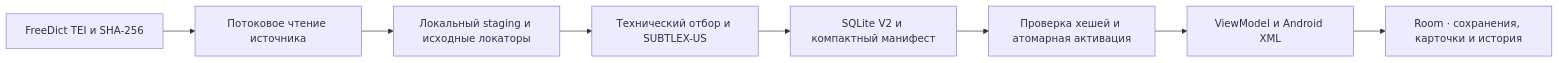
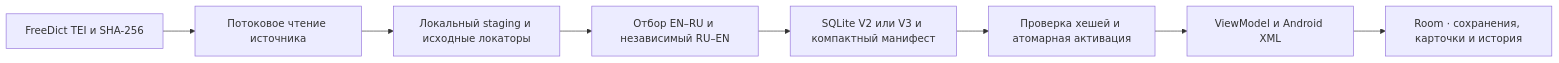
One commit to Lizalip/Lexiflow changed the diagram in docs/STAGE1_COURSEWORK_EVIDENCE.md. Above: the diagram before and after it, drawn with Mermaid. The commit also changed other lines of this file and 17 other files, not shown here.

````diff
--- a/docs/STAGE1_COURSEWORK_EVIDENCE.md
+++ b/docs/STAGE1_COURSEWORK_EVIDENCE.md
@@ -7,10 +7,10 @@
 ```mermaid
 flowchart LR
     TEI["FreeDict TEI и SHA-256"] --> Import["Потоковое чтение источника"]
     Import --> Stage["Локальный staging и исходные локаторы"]
-    Stage --> Select["Технический отбор и SUBTLEX-US"]
-    Select --> Package["SQLite V2 и компактный манифест"]
+    Stage --> Select["Отбор EN–RU и независимый RU–EN"]
+    Select --> Package["SQLite V2 или V3 и компактный манифест"]
     Package --> Repo["Проверка хешей и атомарная активация"]
     Repo --> ViewModel["ViewModel и Android XML"]
     ViewModel --> Personal["Room · сохранения, карточки и история"]
 ```
````
